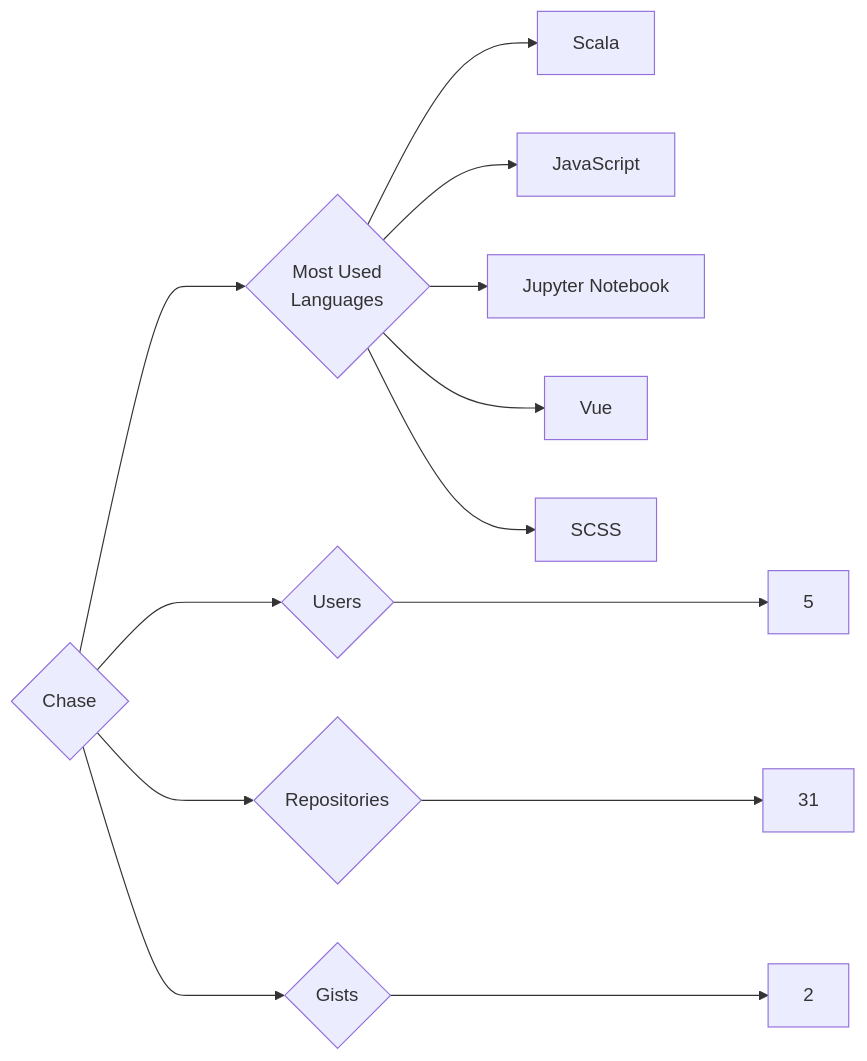
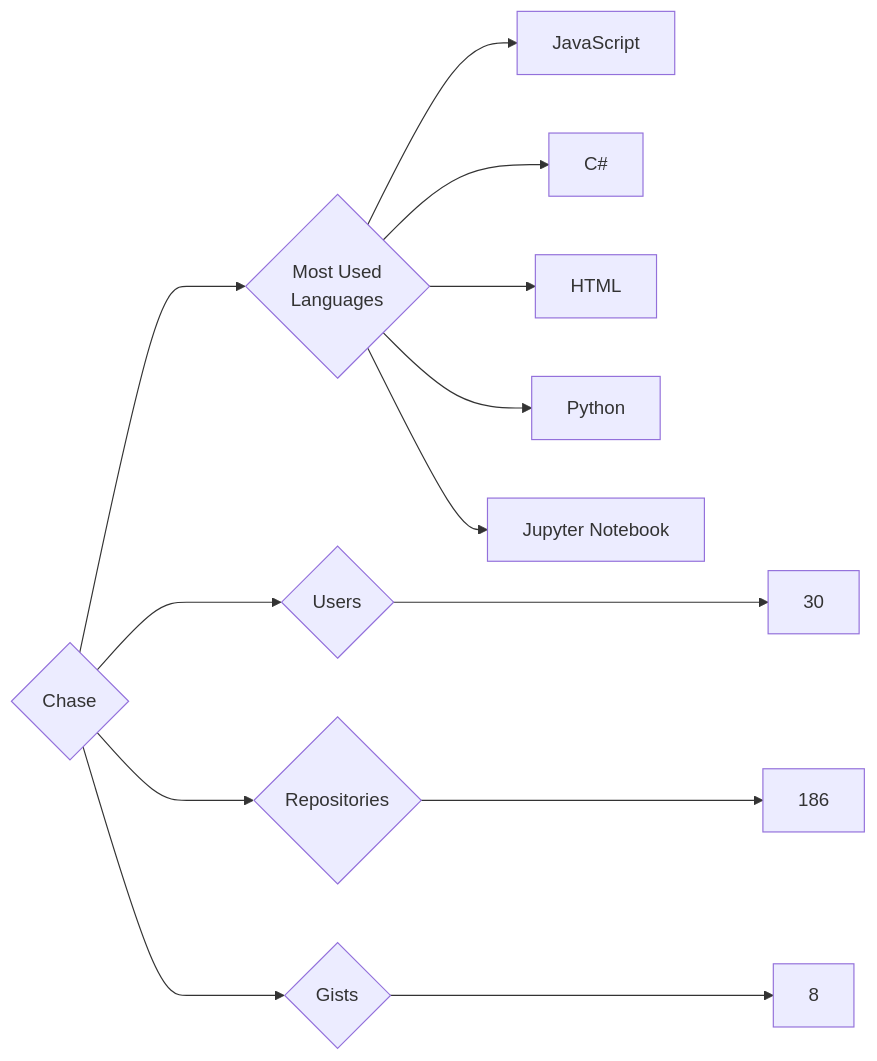
The diagram in targets/Chase/README.md (trickest/insiders), drawn with Mermaid before and after one commit. The commit also changed 622 other files, not shown here.

````diff
--- a/targets/Chase/README.md
+++ b/targets/Chase/README.md
@@ -3,13 +3,13 @@
 ```mermaid
 graph LR
 COMPANY_NAME{Chase}
-COMPANY_NAME ---> U{Users} ---> UN[5]
-COMPANY_NAME ---> R{Repositories} ---> RN[31]
-COMPANY_NAME ---> G{Gists} ---> GN[2]
+COMPANY_NAME ---> U{Users} ---> UN[30]
+COMPANY_NAME ---> R{Repositories} ---> RN[186]
+COMPANY_NAME ---> G{Gists} ---> GN[8]
 COMPANY_NAME ---> ML{Most Used<br>Languages}
-ML --> Scala[Scala]
 ML --> JavaScript[JavaScript]
+ML --> C#[C#]
+ML --> HTML[HTML]
+ML --> Python[Python]
 ML --> Jupyter_Notebook[Jupyter Notebook]
-ML --> Vue[Vue]
-ML --> SCSS[SCSS]
 ```
````
